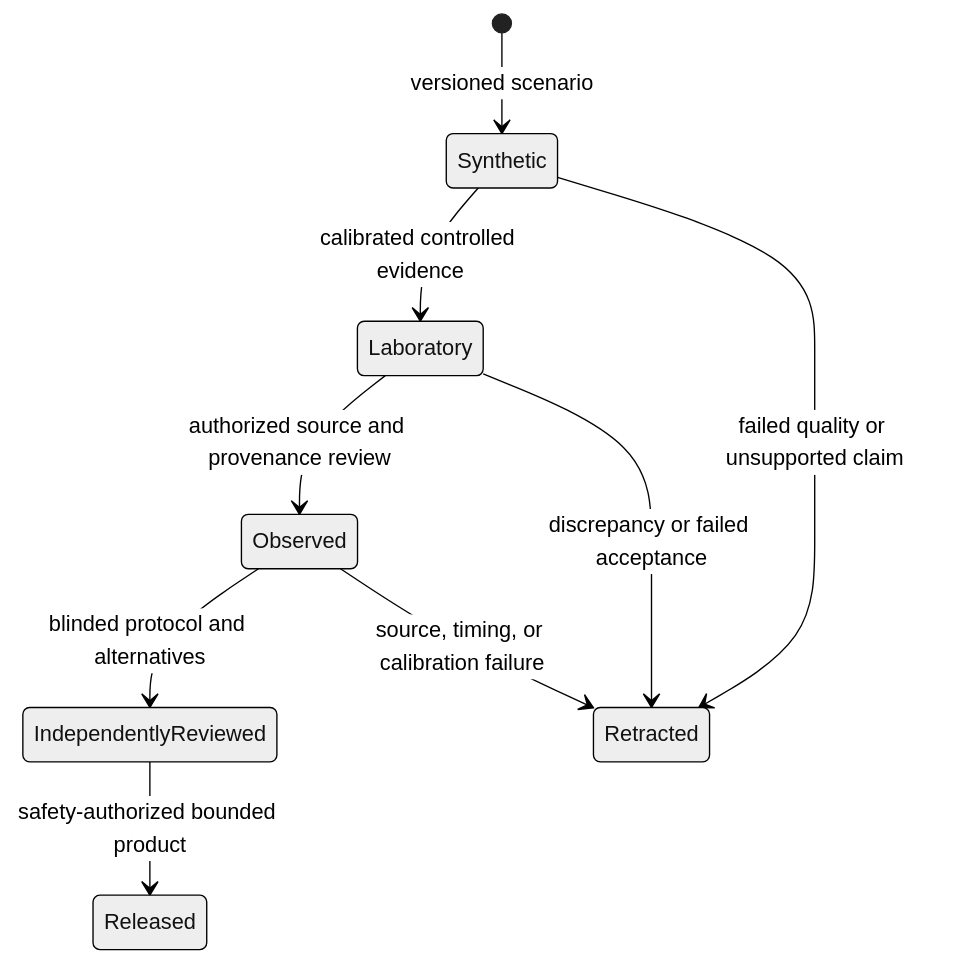
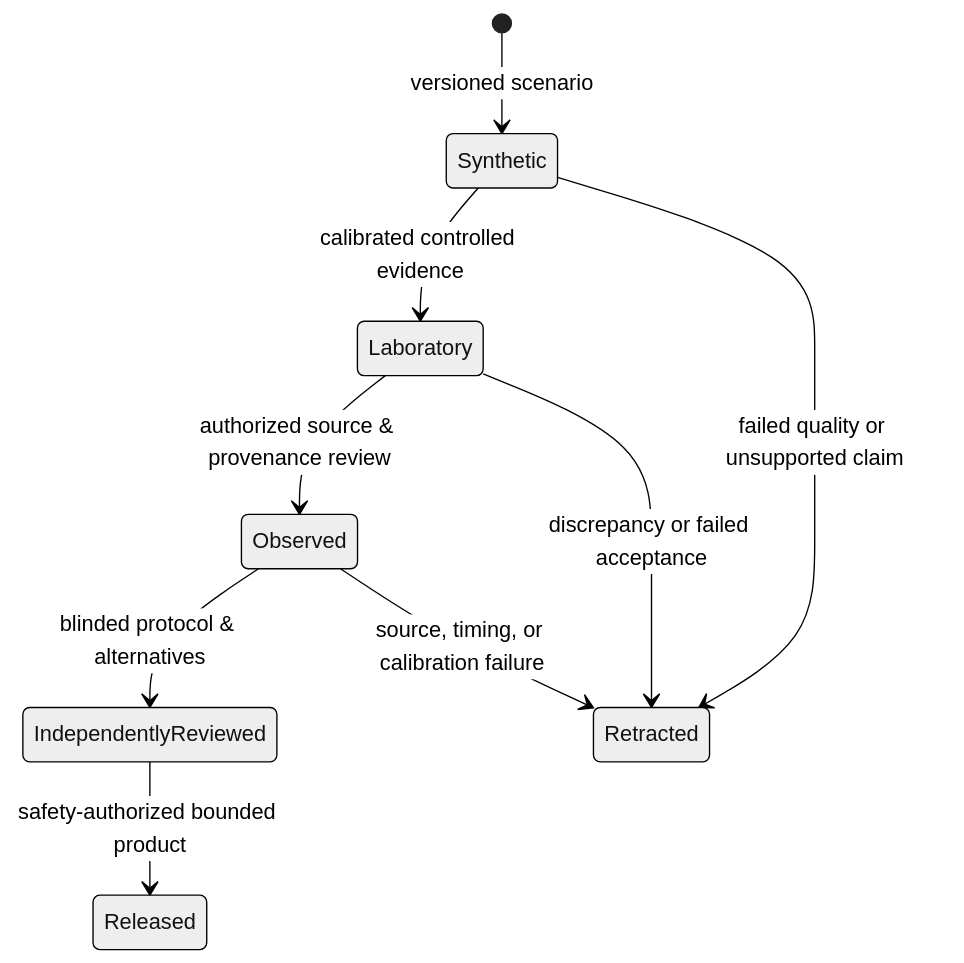
The third of 3 diagrams in README.md (aartisr/heimdall-electra), drawn with Mermaid (neutral theme) before and after one commit. The commit also changed other lines of this file, not shown here.

````diff
--- a/README.md
+++ b/README.md
@@ -111,11 +583,11 @@
 ```mermaid
 stateDiagram-v2
-    [*] --> Synthetic: versioned scenario
-    Synthetic --> Laboratory: calibrated controlled evidence
-    Laboratory --> Observed: authorized source and provenance review
-    Observed --> IndependentlyReviewed: blinded protocol and alternatives
-    IndependentlyReviewed --> Released: safety-authorized bounded product
-    Synthetic --> Retracted: failed quality or unsupported claim
-    Laboratory --> Retracted: discrepancy or failed acceptance
-    Observed --> Retracted: source, timing, or calibration failure
+    [*] --> Synthetic : versioned scenario
+    Synthetic --> Laboratory : calibrated controlled evidence
+    Laboratory --> Observed : authorized source & provenance review
+    Observed --> IndependentlyReviewed : blinded protocol & alternatives
+    IndependentlyReviewed --> Released : safety-authorized bounded product
+    Synthetic --> Retracted : failed quality or unsupported claim
+    Laboratory --> Retracted : discrepancy or failed acceptance
+    Observed --> Retracted : source, timing, or calibration failure
 ```
````
